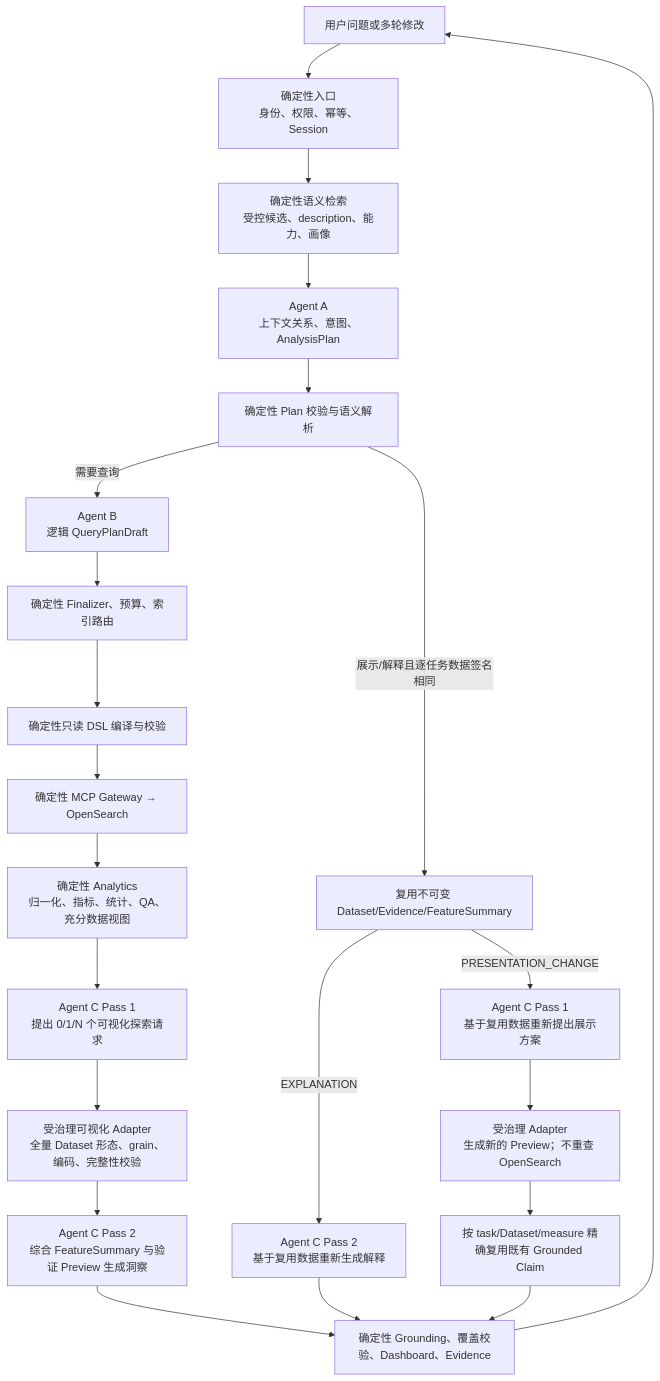
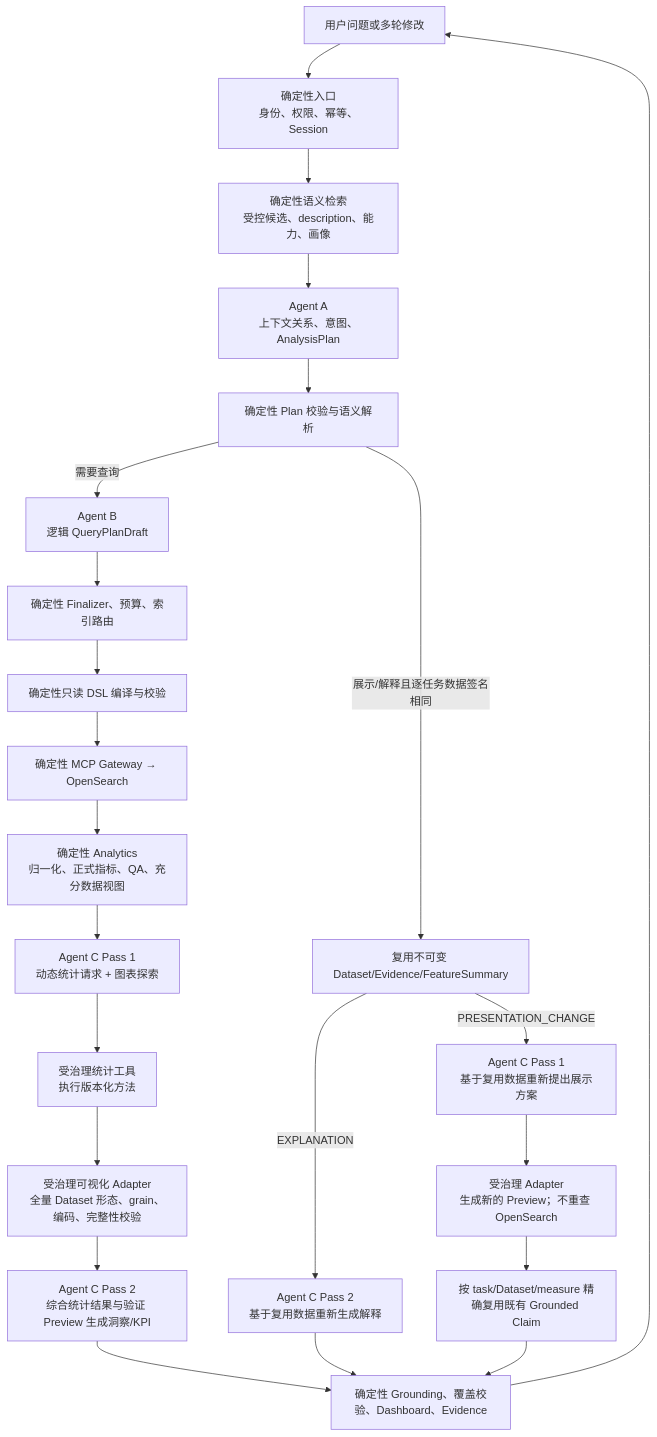
The diagram in docs/integration/decision_authority_matrix.md (Beatrice052/test), drawn with Mermaid before and after one commit. The commit also changed other lines of this file and 54 other files, not shown here.

````diff
--- a/docs/integration/decision_authority_matrix.md
+++ b/docs/integration/decision_authority_matrix.md
@@ -9,24 +9,25 @@
 ```mermaid
 flowchart TD
     U["用户问题或多轮修改"] --> P0["确定性入口<br/>身份、权限、幂等、Session"]
     P0 --> SR["确定性语义检索<br/>受控候选、description、能力、画像"]
     SR --> A["Agent A<br/>上下文关系、意图、AnalysisPlan"]
     A --> AV["确定性 Plan 校验与语义解析"]
     AV -->|"展示/解释且逐任务数据签名相同"| REUSE["复用不可变 Dataset/Evidence/FeatureSummary"]
     AV -->|"需要查询"| B["Agent B<br/>逻辑 QueryPlanDraft"]
     B --> QV["确定性 Finalizer、预算、索引路由"]
     QV --> DSL["确定性只读 DSL 编译与校验"]
     DSL --> OS["确定性 MCP Gateway → OpenSearch"]
-    OS --> AN["确定性 Analytics<br/>归一化、指标、统计、QA、充分数据视图"]
-    AN --> C1["Agent C Pass 1<br/>提出 0/1/N 个可视化探索请求"]
-    C1 --> VA["受治理可视化 Adapter<br/>全量 Dataset 形态、grain、编码、完整性校验"]
-    VA --> C2["Agent C Pass 2<br/>综合 FeatureSummary 与验证 Preview 生成洞察"]
+    OS --> AN["确定性 Analytics<br/>归一化、正式指标、QA、充分数据视图"]
+    AN --> C1["Agent C Pass 1<br/>动态统计请求 + 图表探索"]
+    C1 --> AT["受治理统计工具<br/>执行版本化方法"]
+    AT --> VA["受治理可视化 Adapter<br/>全量 Dataset 形态、grain、编码、完整性校验"]
+    VA --> C2["Agent C Pass 2<br/>综合统计结果与验证 Preview 生成洞察/KPI"]
     C2 --> G["确定性 Grounding、覆盖校验、Dashboard、Evidence"]
     REUSE -->|"PRESENTATION_CHANGE"| RC1["Agent C Pass 1<br/>基于复用数据重新提出展示方案"]
     RC1 --> RVA["受治理 Adapter<br/>生成新的 Preview；不重查 OpenSearch"]
     RVA --> RG["按 task/Dataset/measure 精确复用既有 Grounded Claim"]
     REUSE -->|"EXPLANATION"| RC2["Agent C Pass 2<br/>基于复用数据重新生成解释"]
     RC2 --> G
     RG --> G
     G --> U
 ```
````
